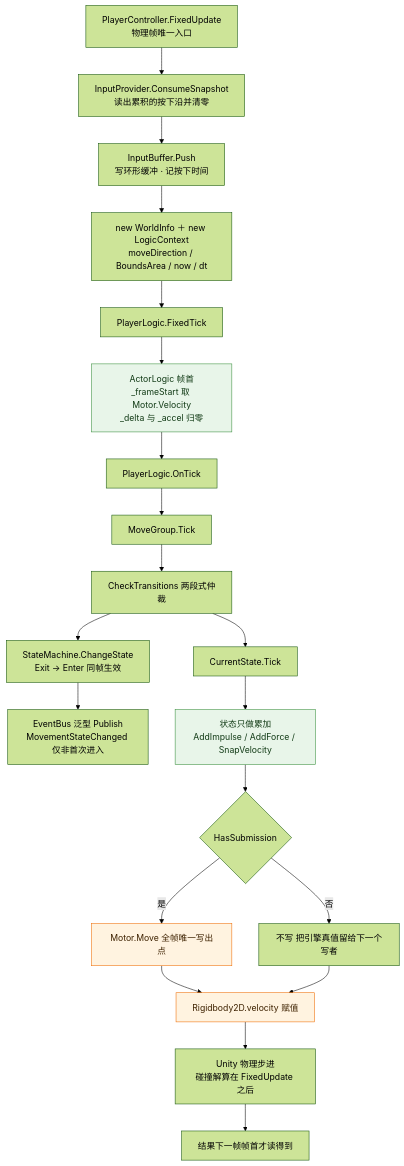
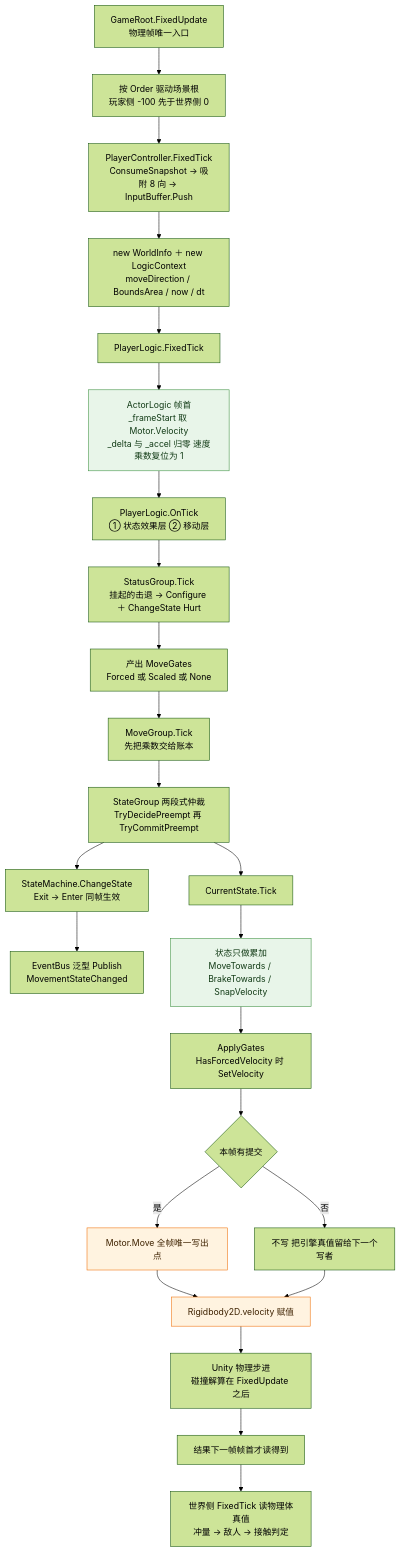
Before and after one commit to 5FYZhou/deepseaoil: the ninth of 16 diagrams in Docs/框架设计/架构图集.md, drawn with Mermaid (forest theme). The commit also changed other lines of this file and 13 other files, not shown here.

````diff
--- a/Docs/框架设计/架构图集.md
+++ b/Docs/框架设计/架构图集.md
@@ -394,26 +481,30 @@
 ```mermaid
 flowchart TD
-  A["PlayerController.FixedUpdate<br/>物理帧唯一入口"] --> B["InputProvider.ConsumeSnapshot<br/>读出累积的按下沿并清零"]
-  B --> C["InputBuffer.Push<br/>写环形缓冲 · 记按下时间"]
+  A["GameRoot.FixedUpdate<br/>物理帧唯一入口"] --> B["按 Order 驱动场景根<br/>玩家侧 -100 先于世界侧 0"]
+  B --> C["PlayerController.FixedTick<br/>ConsumeSnapshot → 吸附 8 向 → InputBuffer.Push"]
   C --> D["new WorldInfo ＋ new LogicContext<br/>moveDirection / BoundsArea / now / dt"]
   D --> E["PlayerLogic.FixedTick"]
-  E --> F["ActorLogic 帧首<br/>_frameStart 取 Motor.Velocity<br/>_delta 与 _accel 归零"]
-  F --> G["PlayerLogic.OnTick"]
-  G --> I["MoveGroup.Tick"]
-  I --> J["CheckTransitions 两段式仲裁"]
-  J --> K["StateMachine.ChangeState<br/>Exit → Enter 同帧生效"]
-  K --> L["EventBus 泛型 Publish<br/>MovementStateChanged 仅非首次进入"]
-  J --> M["CurrentState.Tick"]
-  M --> N["状态只做累加<br/>AddImpulse / AddForce / SnapVelocity"]
-  N --> O{"HasSubmission"}
-  O -->|"是"| P["Motor.Move 全帧唯一写出点"]
-  O -->|"否"| Q["不写 把引擎真值留给下一个写者"]
-  P --> R["Rigidbody2D.velocity 赋值"]
-  Q --> R
-  R --> S["Unity 物理步进<br/>碰撞解算在 FixedUpdate 之后"]
-  S --> T["结果下一帧帧首才读得到"]
+  E --> F["ActorLogic 帧首<br/>_frameStart 取 Motor.Velocity<br/>_delta 与 _accel 归零 速度乘数复位为 1"]
+  F --> G["PlayerLogic.OnTick<br/>① 状态效果层 ② 移动层"]
+  G --> H["StatusGroup.Tick<br/>挂起的击退 → Configure ＋ ChangeState Hurt"]
+  H --> I["产出 MoveGates<br/>Forced 或 Scaled 或 None"]
+  I --> J["MoveGroup.Tick<br/>先把乘数交给账本"]
+  J --> K["StateGroup 两段式仲裁<br/>TryDecidePreempt 再 TryCommitPreempt"]
+  K --> L["StateMachine.ChangeState<br/>Exit → Enter 同帧生效"]
+  L --> M["EventBus 泛型 Publish<br/>MovementStateChanged"]
+  K --> N["CurrentState.Tick"]
+  N --> O["状态只做累加<br/>MoveTowards / BrakeTowards / SnapVelocity"]
+  O --> P["ApplyGates<br/>HasForcedVelocity 时 SetVelocity"]
+  P --> Q{"本帧有提交"}
+  Q -->|"是"| R["Motor.Move 全帧唯一写出点"]
+  Q -->|"否"| S["不写 把引擎真值留给下一个写者"]
+  R --> T["Rigidbody2D.velocity 赋值"]
+  S --> T
+  T --> U["Unity 物理步进<br/>碰撞解算在 FixedUpdate 之后"]
+  U --> V["结果下一帧帧首才读得到"]
+  V --> W["世界侧 FixedTick 读物理体真值<br/>冲量 → 敌人 → 接触判定"]
   classDef calc fill:#e8f5e9,stroke:#388e3c,color:#123b16
   classDef io fill:#fff3e0,stroke:#ef6c00,color:#3e2200
-  class F,N calc
-  class P,R io
+  class F,O calc
+  class R,T io
 ```
````
